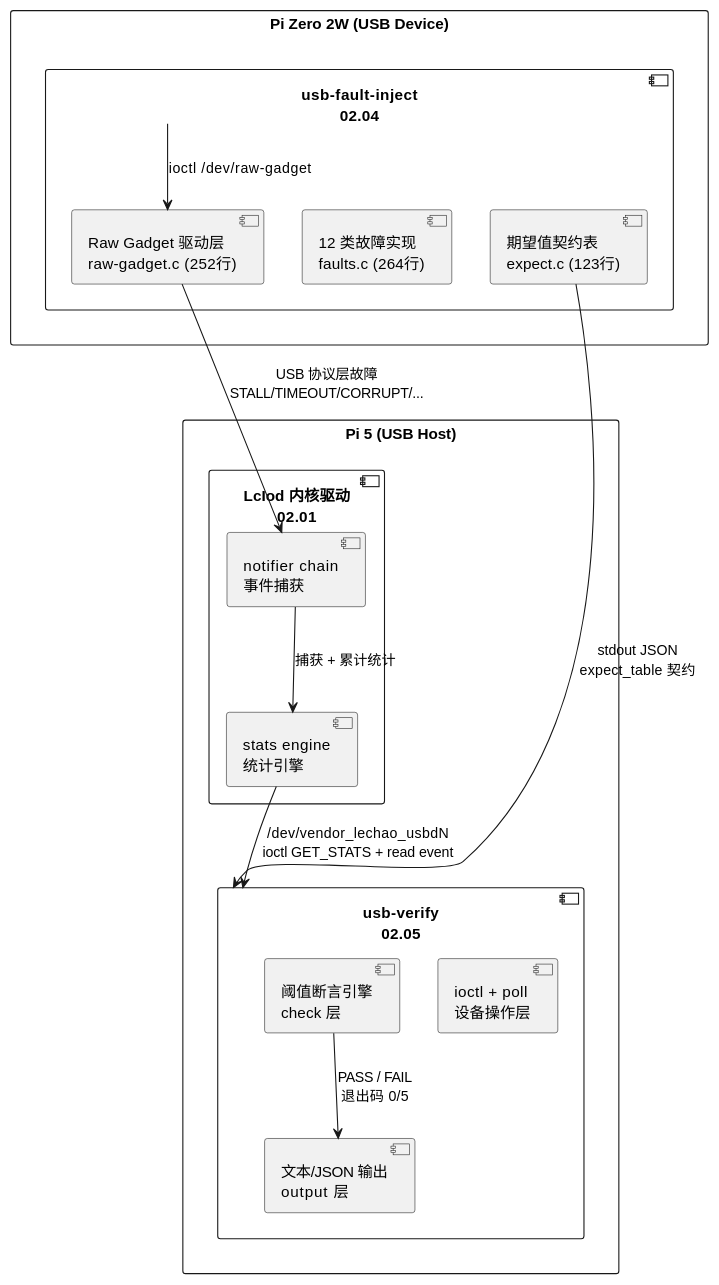
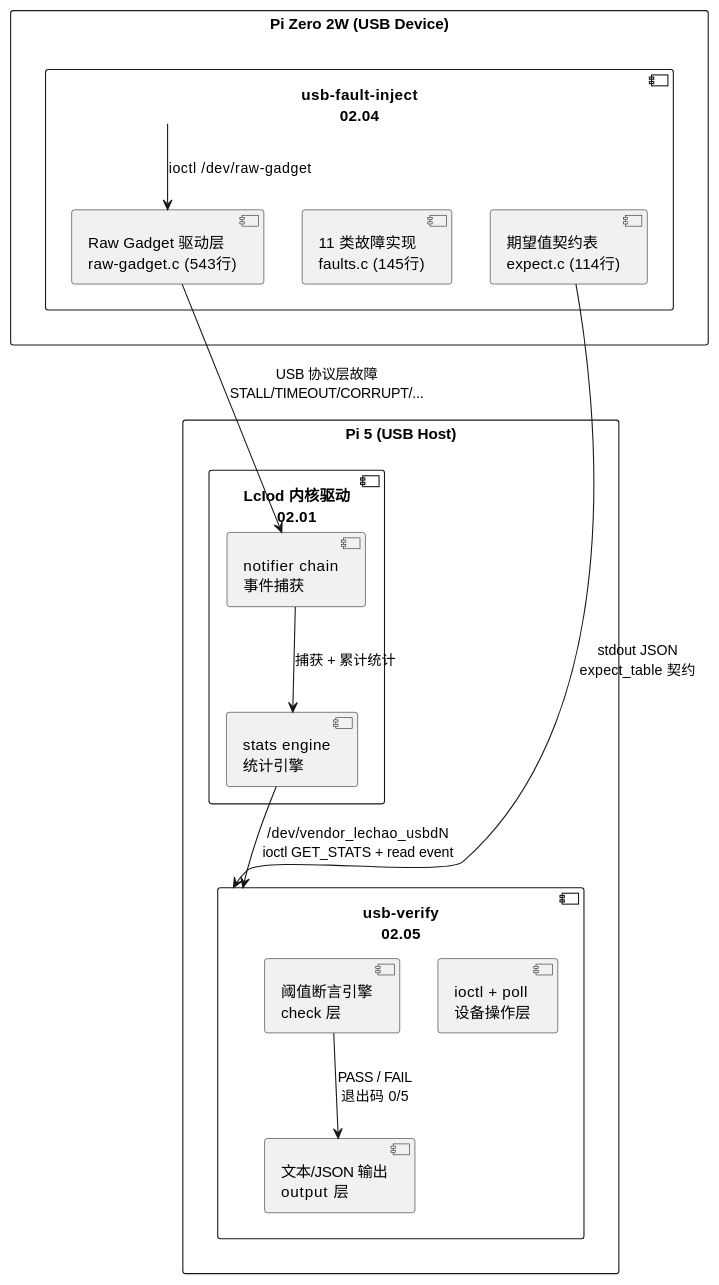
One commit to lechao365/AndroidSystemEnhance changed the seventh of 7 diagrams in 02-IO增强/README.md. Above: the diagram before and after it, drawn with PlantUML. The commit also changed 15 other files, not shown here.

````diff
--- a/02-IO增强/README.md
+++ b/02-IO增强/README.md
@@ -326,32 +326,32 @@
 ```plantuml
 @startuml
 skinparam packageStyle rectangle
 
 package "Pi Zero 2W (USB Device)" {
     component "usb-fault-inject\n02.04" as INJECT {
-        component "Raw Gadget 驱动层\nraw-gadget.c (252行)" as RG
-        component "12 类故障实现\nfaults.c (264行)" as FAULTS
-        component "期望值契约表\nexpect.c (123行)" as EXPECT
+        component "Raw Gadget 驱动层\nraw-gadget.c (543行)" as RG
+        component "11 类故障实现\nfaults.c (145行)" as FAULTS
+        component "期望值契约表\nexpect.c (114行)" as EXPECT
     }
 }
 
 package "Pi 5 (USB Host)" {
     component "LcIod 内核驱动\n02.01" as LCIOD {
         component "notifier chain\n事件捕获" as NOTIFIER
         component "stats engine\n统计引擎" as STATS2
     }
     component "usb-verify\n02.05" as VERIFY {
         component "ioctl + poll\n设备操作层" as DEV
         component "阈值断言引擎\ncheck 层" as CHECK
         component "文本/JSON 输出\noutput 层" as OUT
     }
 }
 
 INJECT --> RG : ioctl /dev/raw-gadget
 RG --> NOTIFIER : USB 协议层故障\nSTALL/TIMEOUT/CORRUPT/...
 NOTIFIER --> STATS2 : 捕获 + 累计统计
 STATS2 --> VERIFY : /dev/vendor_lechao_usbdN\nioctl GET_STATS + read event
 EXPECT --> VERIFY : stdout JSON\nexpect_table 契约
 CHECK --> OUT : PASS / FAIL\n退出码 0/5
 @enduml
 ```
````
